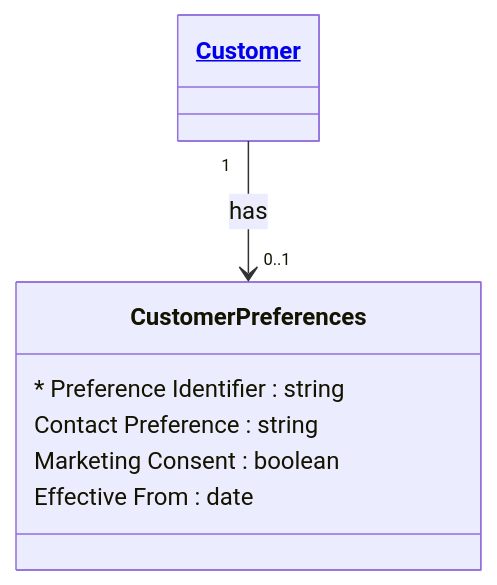
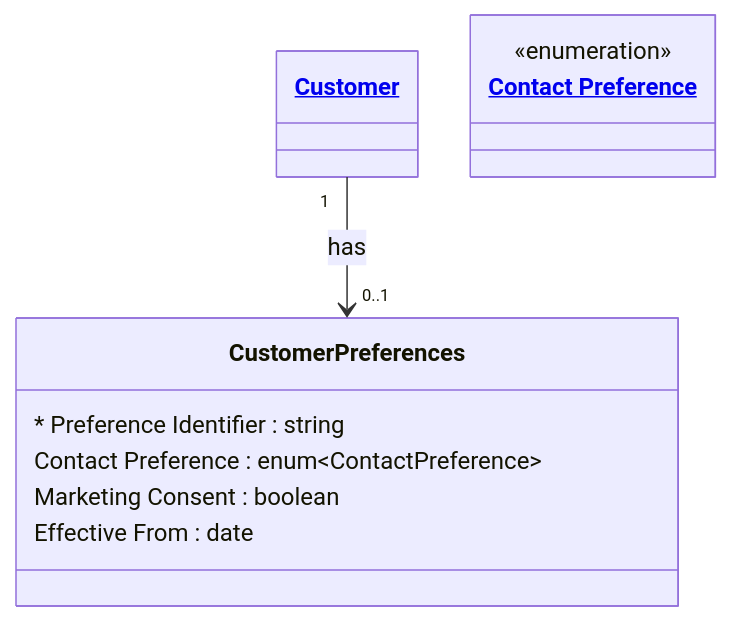
The diagram in examples/Financial Crime/entities/customer-preferences.md (Semprini/md-ddl), drawn with Mermaid before and after one commit. The commit also changed other lines of this file and 12 other files, not shown here.

````diff
--- a/examples/Financial Crime/entities/customer-preferences.md
+++ b/examples/Financial Crime/entities/customer-preferences.md
@@ -9,17 +9,18 @@
 ```mermaid
 ---
 config:
   layout: elk
 ---
 classDiagram
   class CustomerPreferences{
     * Preference Identifier : string
-    Contact Preference : string
+    Contact Preference : enum~ContactPreference~
     Marketing Consent : boolean
     Effective From : date
   }
 
   Customer "1" --> "0..1" CustomerPreferences : has
 
-  class Customer["<a href='customer.md'>Customer</a>"]
+    class ContactPreference["<a href='../enums.md#contact-preference'>Contact Preference</a>"]{<<enumeration>>}
+    class Customer["<a href='customer.md'>Customer</a>"]
 ```
````
